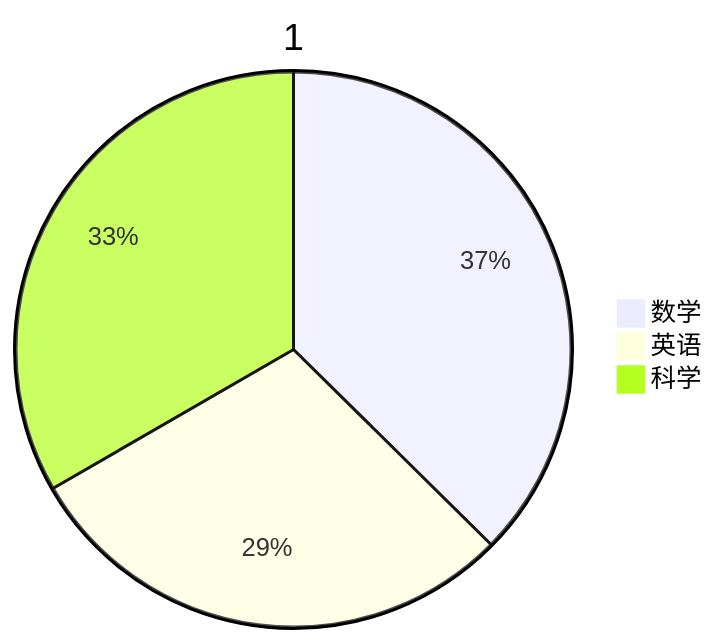
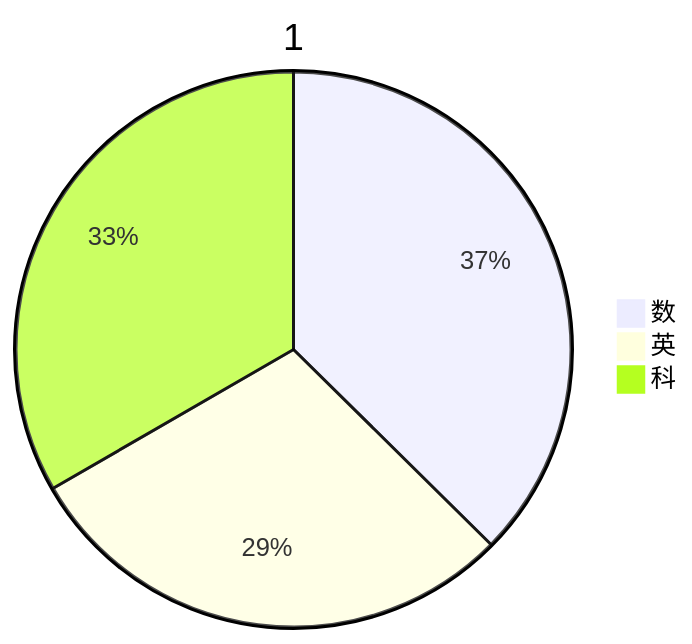
Before and after one commit to BretRen/md: the first of 2 diagrams in help.md, drawn with Mermaid. The commit also changed other lines of this file, not shown here.

Commit message:
help.md updated from https://stackedit.io/

````diff
--- a/help.md
+++ b/help.md
@@ -96,7 +96,7 @@
 ```mermaid
 pie
 	title 1
-	"数学":92
-	"英语":72
-	"科学":82
+	"数":92
+	"英":72
+	"科":82
 ```
````
